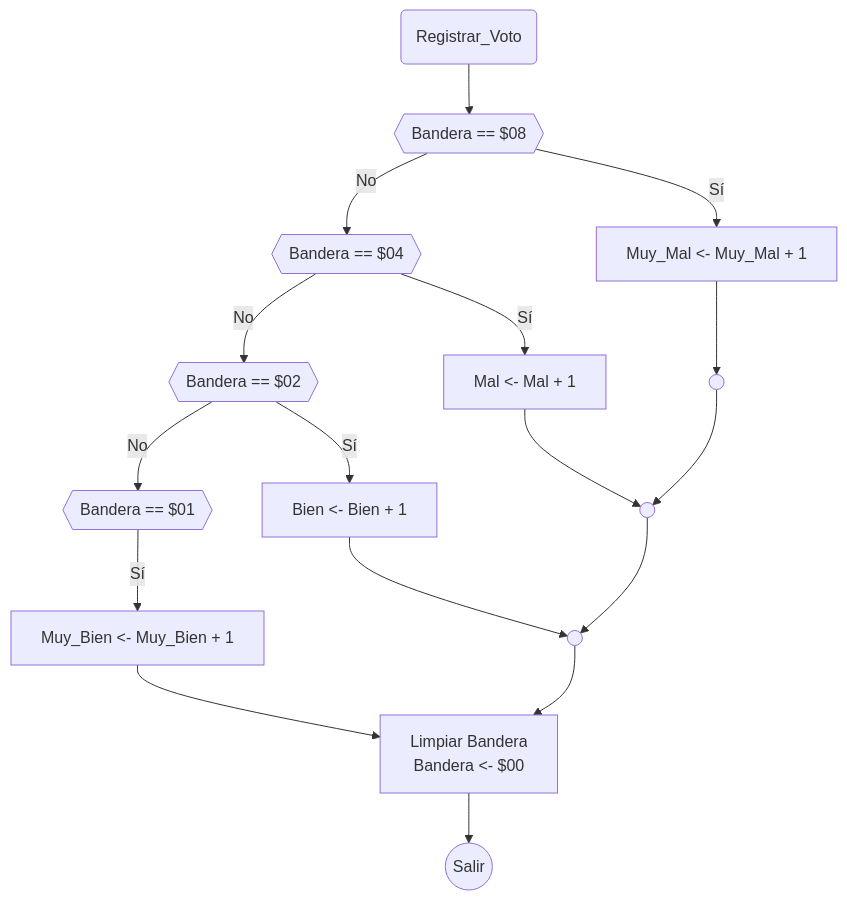
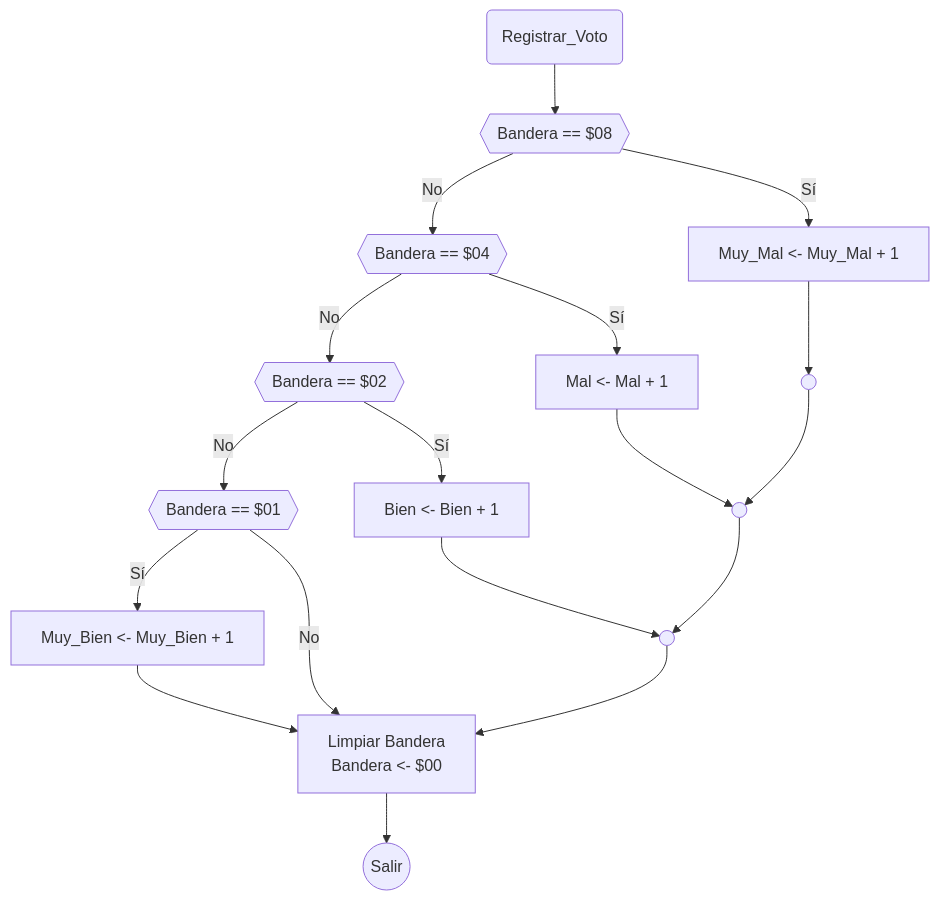
Before and after one commit to fabianabarca/cajita: the diagram in Flow_Diagrams/Registrar_Voto.md, drawn with Mermaid.

Commit message:
Update Registrar_Voto.md
Agregando opción negativa cuando bandera == $01

````diff
--- a/Flow_Diagrams/Registrar_Voto.md
+++ b/Flow_Diagrams/Registrar_Voto.md
@@ -3,14 +3,16 @@
 ```mermaid
 graph TD
     A(Registrar_Voto) 
     A --> C{{ Bandera == $08 }}
     C --> |Sí|D[Muy_Mal <- Muy_Mal + 1] --> E(( ))
     C --> |No|F{{ Bandera == $04 }}
     F --> |Sí|G[Mal <- Mal + 1] --> H(( ))
     F --> |No|I{{ Bandera == $02 }}  
     I --> |Sí|K[Bien <- Bien + 1] --> J(( ))
     I --> |No|L{{ Bandera == $01 }}
     L --> |Sí|M[Muy_Bien <- Muy_Bien + 1] --> N[Limpiar Bandera <br /> Bandera <- $00] 
-
+    L --> |No|N
     E -->H-->J-->N --> Z((Salir))
+     
+  
 ```    
````
